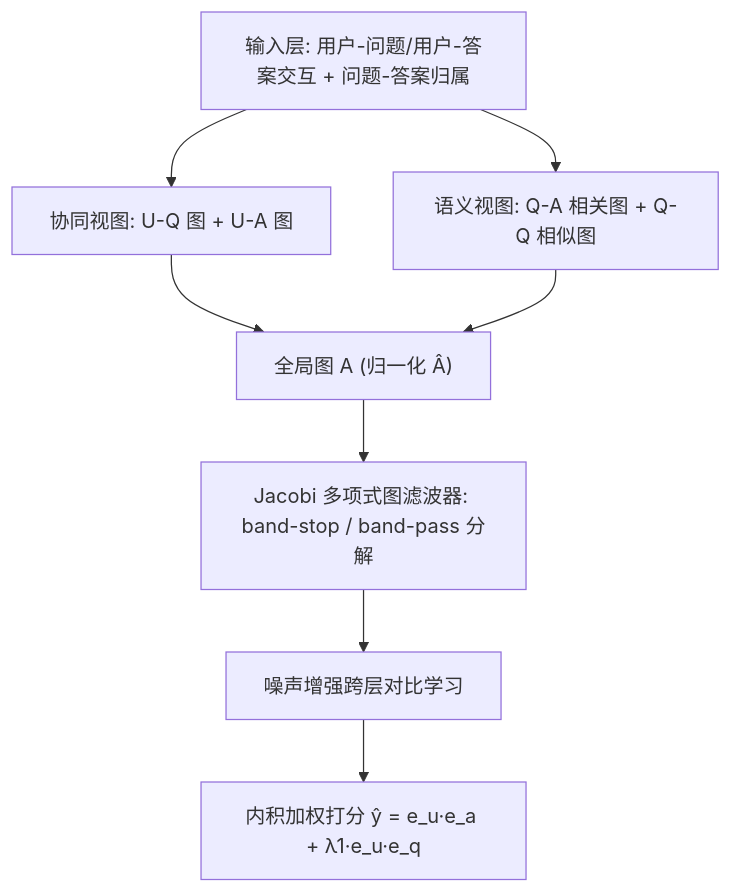
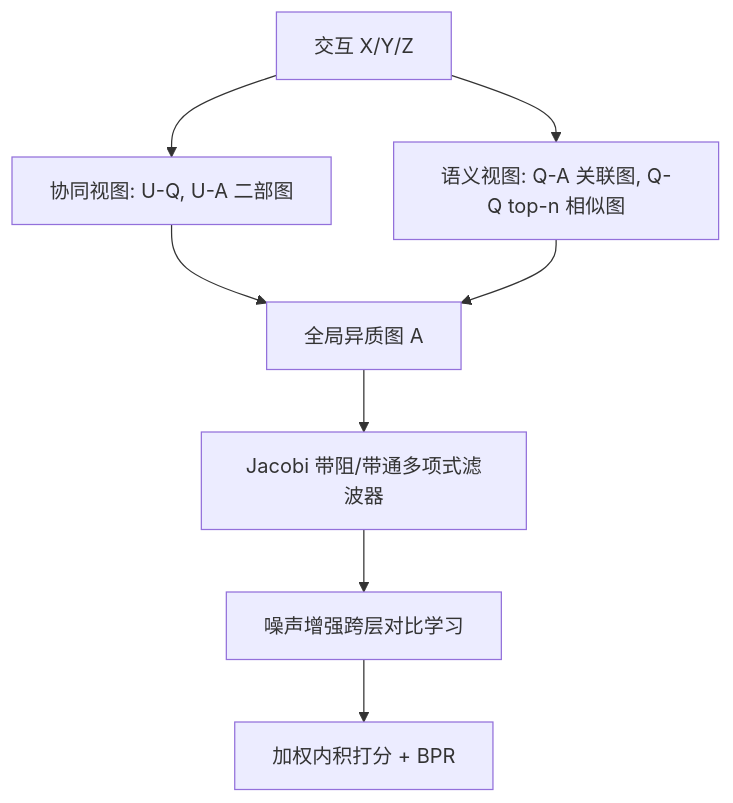
One commit to jbdcia321vw/Paper-Notes changed the diagram in docs/venues/SIGIR/2026/graph_rec/qagcf_graph_collaborative_filtering_for_q_a_recommendation.md. Above: the diagram before and after it, drawn with Mermaid. The commit also changed other lines of this file and 1119 other files, not shown here.

````diff
--- a/docs/venues/SIGIR/2026/graph_rec/qagcf_graph_collaborative_filtering_for_q_a_recommendation.md
+++ b/docs/venues/SIGIR/2026/graph_rec/qagcf_graph_collaborative_filtering_for_q_a_recommendation.md
@@ -68,10 +47,10 @@
 ```mermaid
 flowchart TD
-    A["输入层: 用户-问题/用户-答案交互 + 问题-答案归属"] --> B["协同视图: U-Q 图 + U-A 图"]
-    A --> C["语义视图: Q-A 相关图 + Q-Q 相似图"]
-    B --> D["全局图 A (归一化 Â)"]
+    A["交互 X/Y/Z"] --> B["协同视图: U-Q, U-A 二部图"]
+    A --> C["语义视图: Q-A 关联图, Q-Q top-n 相似图"]
+    B --> D["全局异质图 A"]
     C --> D
-    D --> E["Jacobi 多项式图滤波器: band-stop / band-pass 分解"]
+    D --> E["Jacobi 带阻/带通多项式滤波器"]
     E --> F["噪声增强跨层对比学习"]
-    F --> G["内积加权打分 ŷ = e_u·e_a + λ1·e_u·e_q"]
+    F --> G["加权内积打分 + BPR"]
 ```
````
